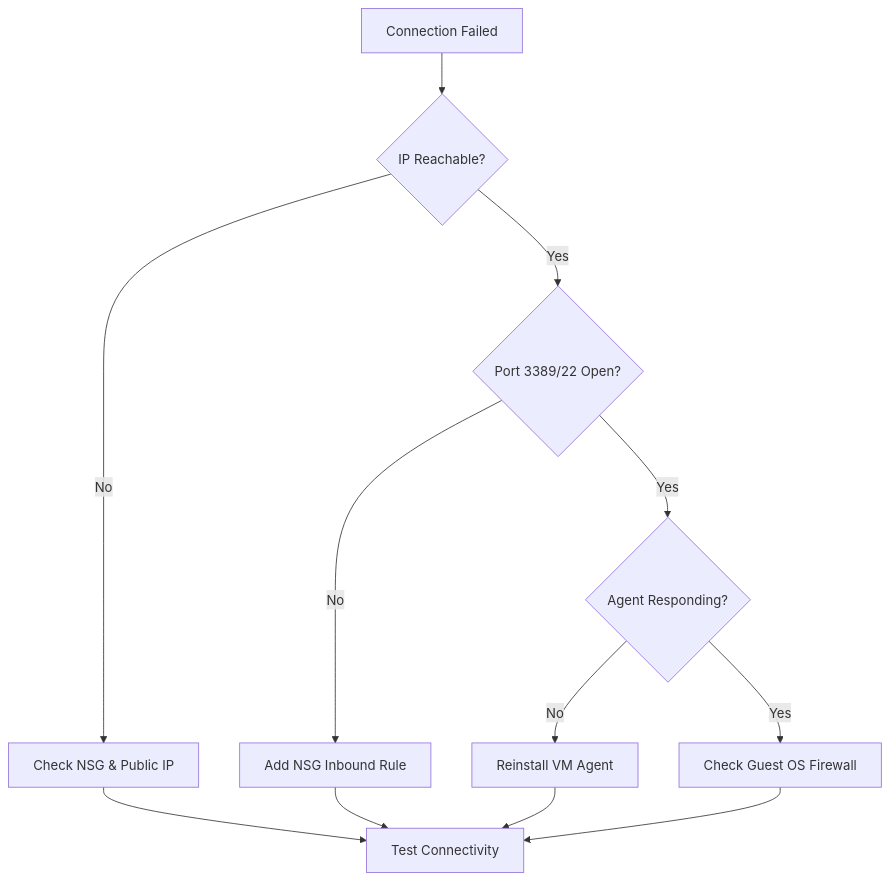
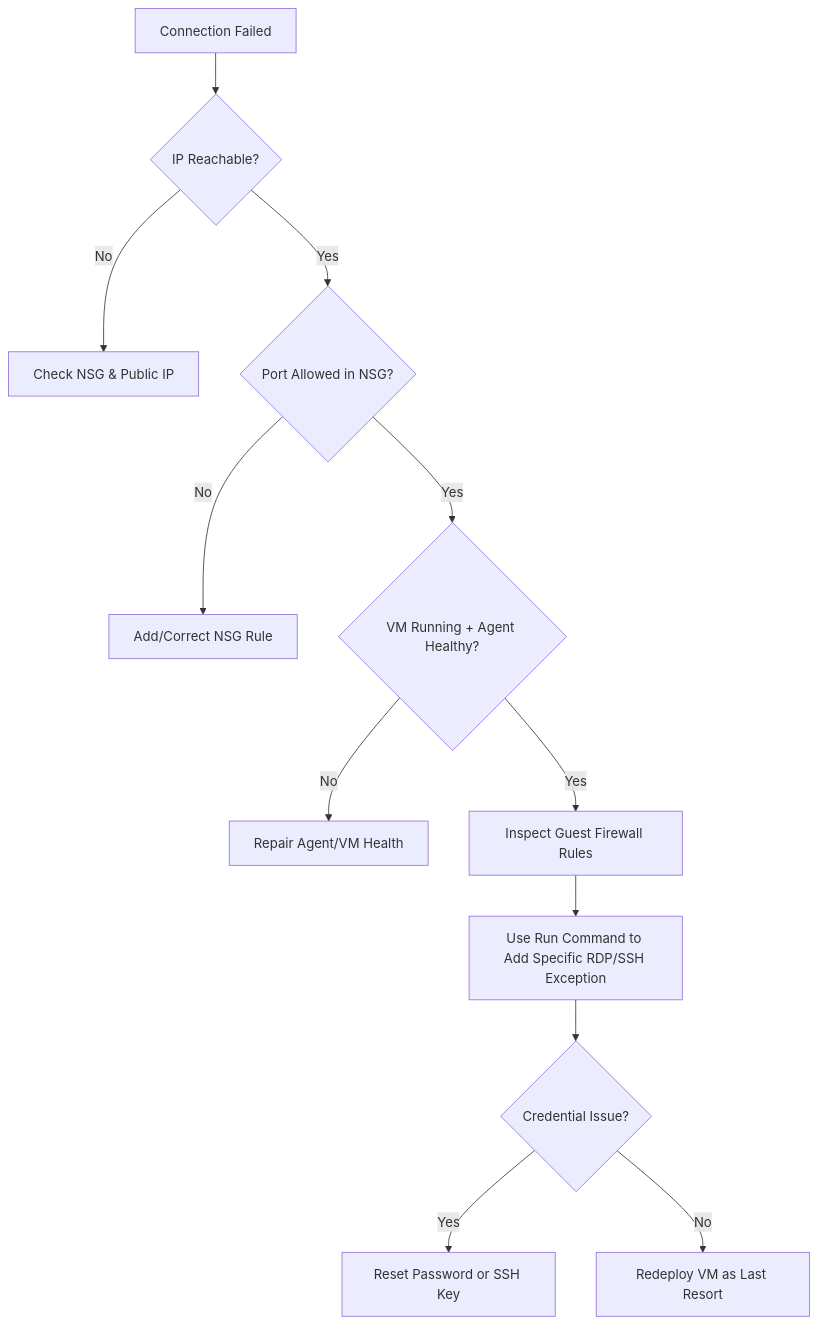
One commit to yeongseon/azure-virtual-machine-practical-guide changed the diagram in docs/troubleshooting/cannot-rdp-or-ssh.md. Above: the diagram before and after it, drawn with Mermaid. The commit also changed other lines of this file and 44 other files, not shown here.

````diff
--- a/docs/troubleshooting/cannot-rdp-or-ssh.md
+++ b/docs/troubleshooting/cannot-rdp-or-ssh.md
@@ -19,14 +19,14 @@
 ```mermaid
 graph TD
     A[Connection Failed] --> B{IP Reachable?}
     B -- No --> C[Check NSG & Public IP]
-    B -- Yes --> D{Port 3389/22 Open?}
-    D -- No --> E[Add NSG Inbound Rule]
-    D -- Yes --> F{Agent Responding?}
-    F -- No --> G[Reinstall VM Agent]
-    F -- Yes --> H[Check Guest OS Firewall]
-    C --> I[Test Connectivity]
-    E --> I
-    G --> I
-    H --> I
+    B -- Yes --> D{Port Allowed in NSG?}
+    D -- No --> E[Add/Correct NSG Rule]
+    D -- Yes --> F{VM Running + Agent Healthy?}
+    F -- No --> G[Repair Agent/VM Health]
+    F -- Yes --> H[Inspect Guest Firewall Rules]
+    H --> I[Use Run Command to Add Specific RDP/SSH Exception]
+    I --> J{Credential Issue?}
+    J -- Yes --> K[Reset Password or SSH Key]
+    J -- No --> L[Redeploy VM as Last Resort]
 ```
````
